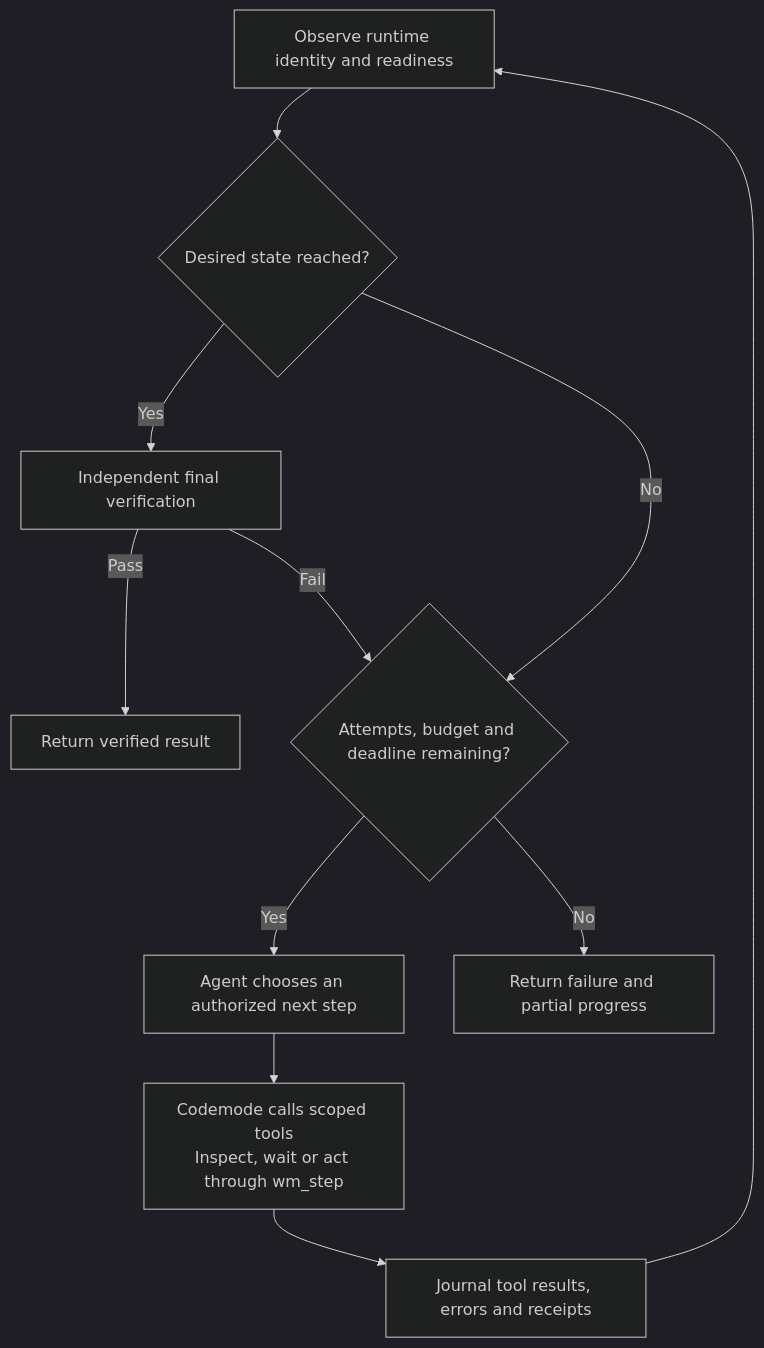
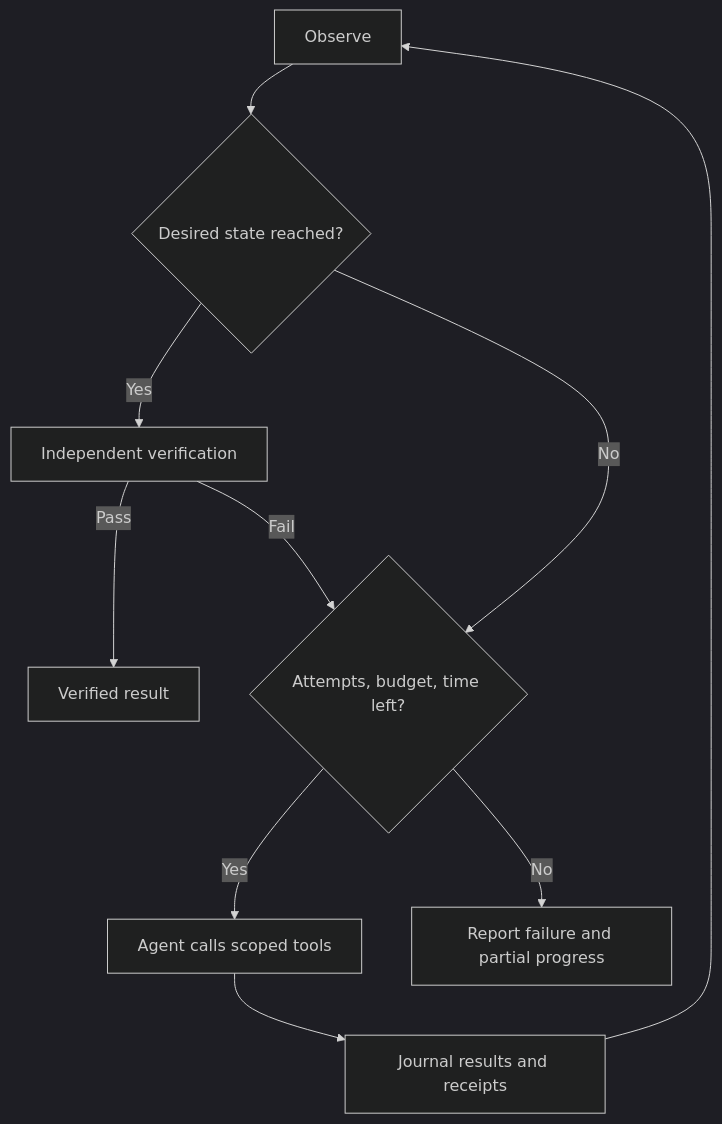
Before and after one commit to badarahmed/workload-manager: the second of 2 diagrams in README.md, drawn with Mermaid (dark theme). The commit also changed other lines of this file, not shown here.

````diff
--- a/README.md
+++ b/README.md
@@ -48,13 +67,12 @@
 ```mermaid
 flowchart TD
-  O["Observe runtime identity and readiness"] --> C{"Desired state reached?"}
-  C -->|Yes| V["Independent final verification"]
-  V -->|Pass| D["Return verified result"]
+  O["Observe"] --> C{"Desired state reached?"}
+  C -->|Yes| V["Independent verification"]
+  V -->|Pass| D["Verified result"]
   V -->|Fail| B
-  C -->|No| B{"Attempts, budget and deadline remaining?"}
-  B -->|Yes| A["Agent chooses an authorized next step"]
-  A --> K["Codemode calls scoped tools<br/>Inspect, wait or act through wm_step"]
-  K --> J["Journal tool results, errors and receipts"]
+  C -->|No| B{"Attempts, budget, time left?"}
+  B -->|Yes| A["Agent calls scoped tools"]
+  A --> J["Journal results and receipts"]
   J --> O
-  B -->|No| F["Return failure and partial progress"]
+  B -->|No| F["Report failure and partial progress"]
 ```
````
